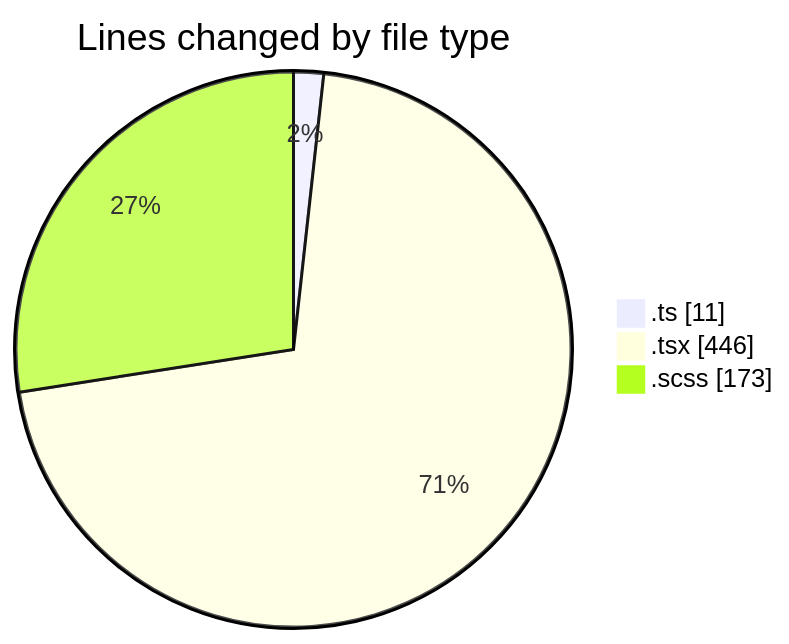
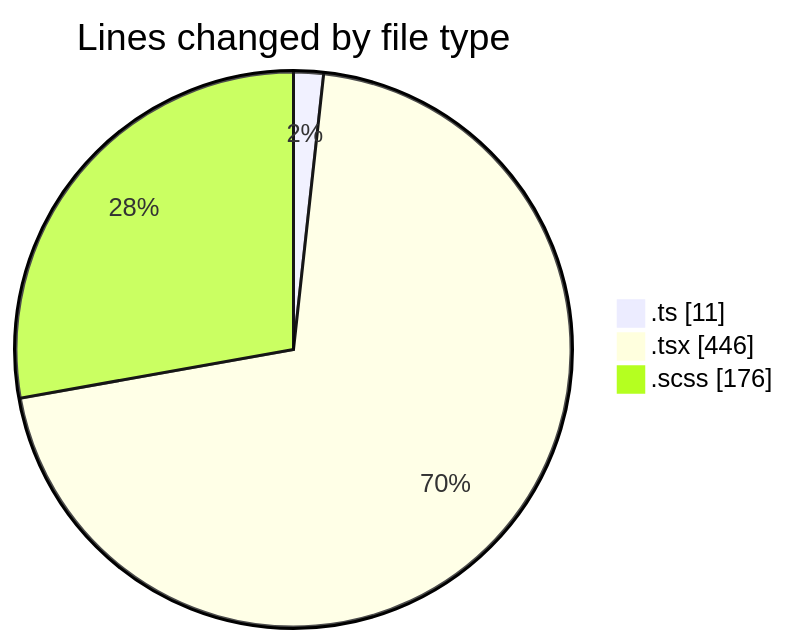
One commit to momahboobian/code-tracking changed the first of 2 diagrams in 2025-03-21/cda/README.md. Above: the diagram before and after it, drawn with Mermaid. The commit also changed other lines of this file and 1 other file, not shown here.

````diff
--- a/2025-03-21/cda/README.md
+++ b/2025-03-21/cda/README.md
@@ -24,7 +24,7 @@
 ```mermaid
 pie showData
 title Lines changed by file type
 ".ts" : 11
 ".tsx" : 446
-".scss" : 173
+".scss" : 176
 ```
````
